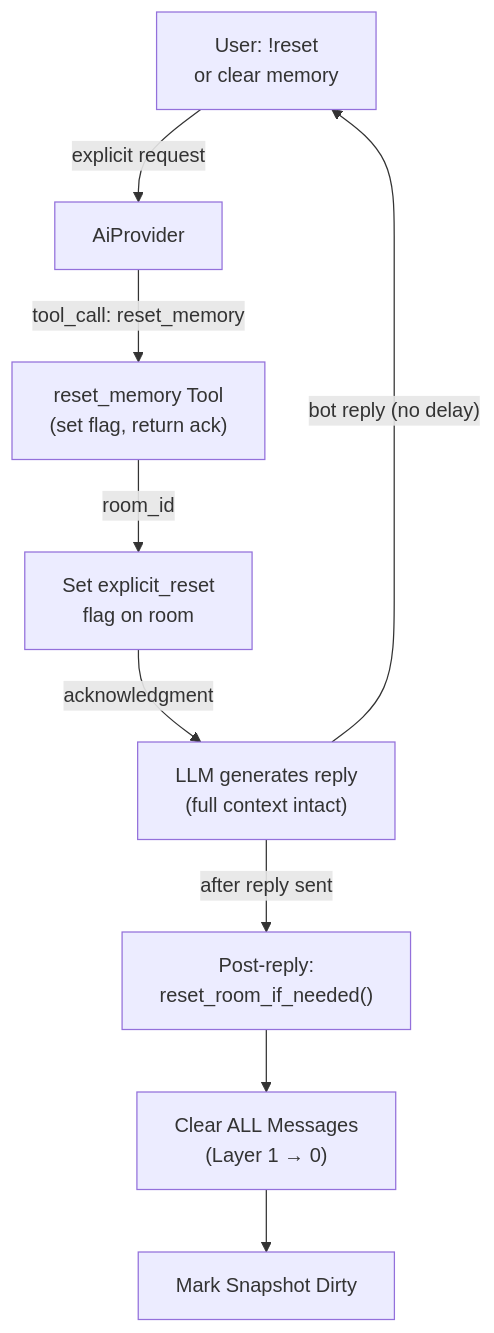
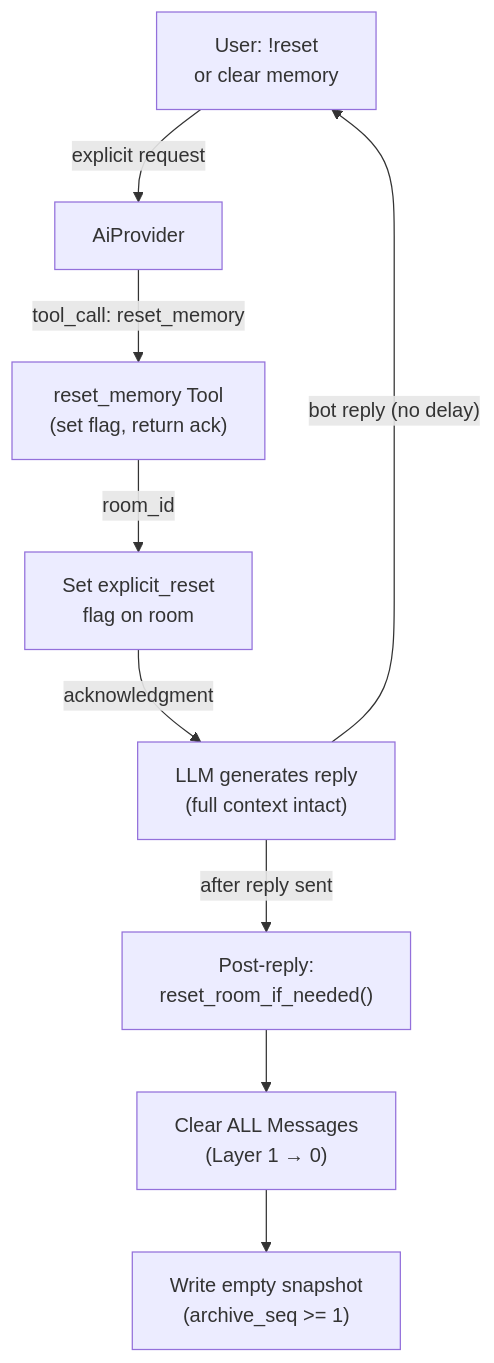
One commit to cosmoswafer/rockbot changed the diagram in docs/dfd/tools/reset-memory/flag-driven.md. Above: the diagram before and after it, drawn with Mermaid. The commit also changed other lines of this file and 12 other files, not shown here.

First line of the commit message:
fix: persist empty memory snapshot on !reset

````diff
--- a/docs/dfd/tools/reset-memory/flag-driven.md
+++ b/docs/dfd/tools/reset-memory/flag-driven.md
@@ -16,20 +16,20 @@
 ```mermaid
 flowchart TD
     USER["User: !reset<br/>or clear memory"]
     AI[AiProvider]
     TOOL["reset_memory Tool<br/>(set flag, return ack)"]
     SET_FLAG["Set explicit_reset<br/>flag on room"]
     LLM_REPLY["LLM generates reply<br/>(full context intact)"]
     POST["Post-reply:<br/>reset_room_if_needed()"]
     CLEAR["Clear ALL Messages<br/>(Layer 1 → 0)"]
-    DIRTY[Mark Snapshot Dirty]
+    PERSIST["Write empty snapshot<br/>(archive_seq >= 1)"]
 
     USER -->|"explicit request"| AI
     AI -->|"tool_call: reset_memory"| TOOL
     TOOL -->|"room_id"| SET_FLAG
     SET_FLAG -->|"acknowledgment"| LLM_REPLY
     LLM_REPLY -->|"bot reply (no delay)"| USER
     LLM_REPLY -->|"after reply sent"| POST
     POST --> CLEAR
-    CLEAR --> DIRTY
+    CLEAR --> PERSIST
 ```
````
